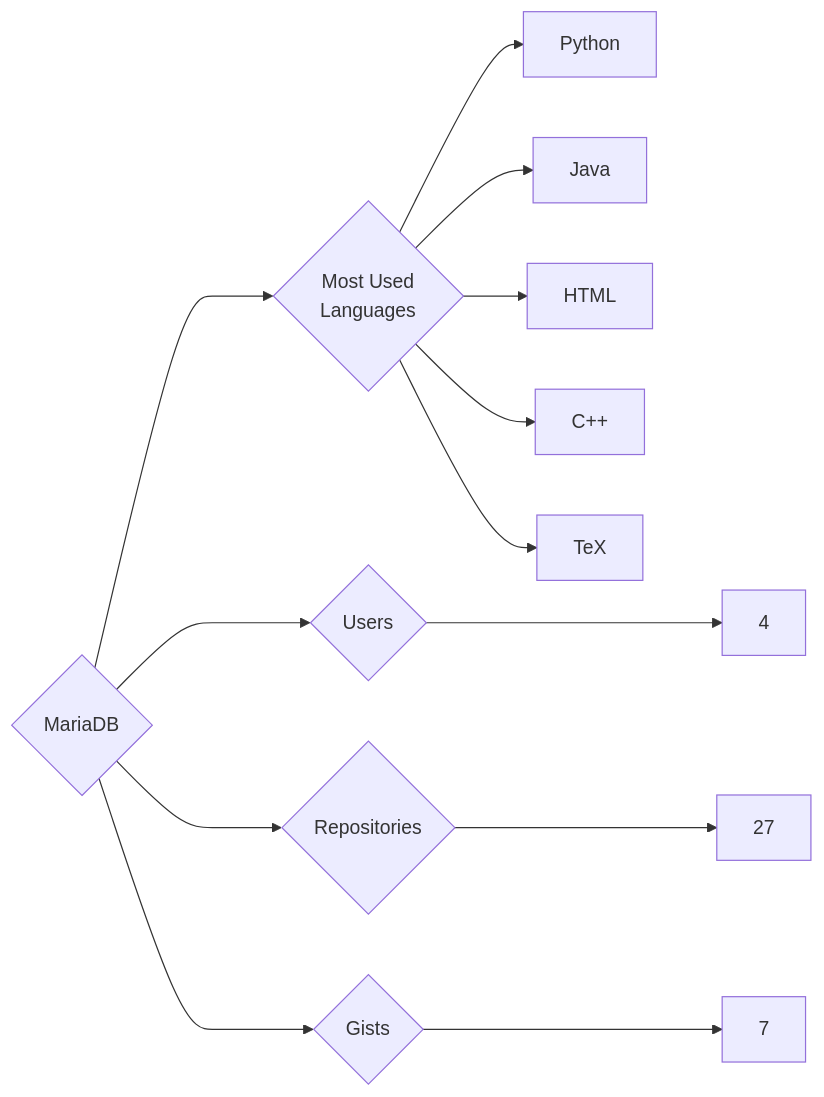
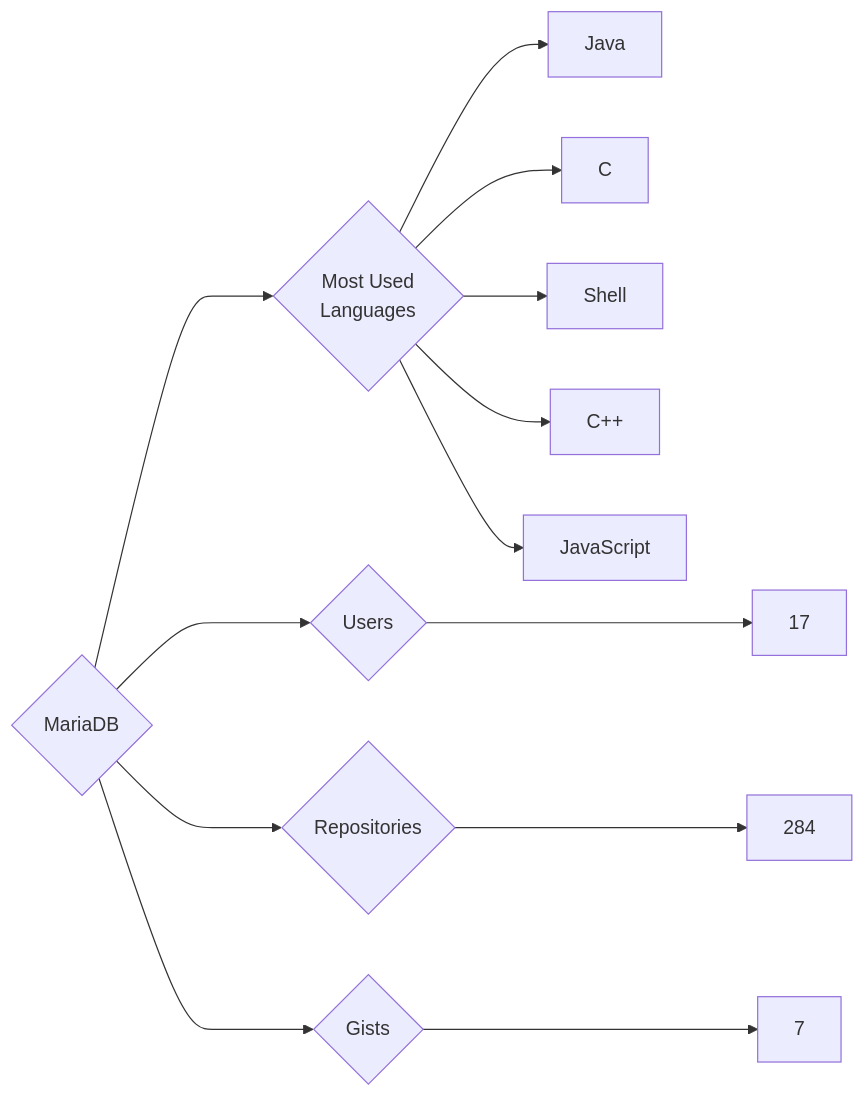
Before and after one commit to trickest/insiders: the diagram in targets/MariaDB/README.md, drawn with Mermaid. The commit also changed 681 other files, not shown here.

````diff
--- a/targets/MariaDB/README.md
+++ b/targets/MariaDB/README.md
@@ -3,13 +3,13 @@
 ```mermaid
 graph LR
 COMPANY_NAME{MariaDB}
-COMPANY_NAME ---> U{Users} ---> UN[4]
-COMPANY_NAME ---> R{Repositories} ---> RN[27]
+COMPANY_NAME ---> U{Users} ---> UN[17]
+COMPANY_NAME ---> R{Repositories} ---> RN[284]
 COMPANY_NAME ---> G{Gists} ---> GN[7]
 COMPANY_NAME ---> ML{Most Used<br>Languages}
-ML --> Python[Python]
 ML --> Java[Java]
-ML --> HTML[HTML]
+ML --> C[C]
+ML --> Shell[Shell]
 ML --> C++[C++]
-ML --> TeX[TeX]
+ML --> JavaScript[JavaScript]
 ```
````
